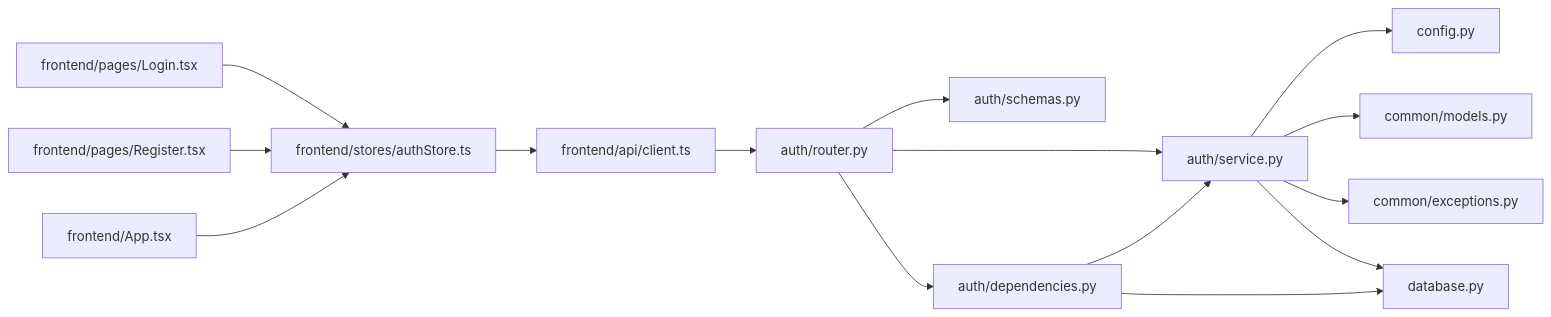
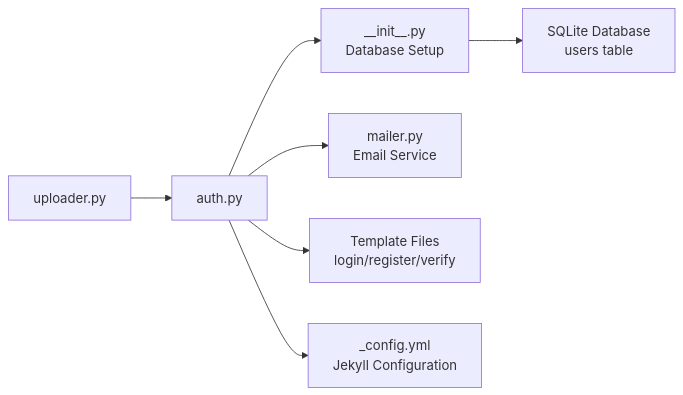
One commit to PolarisW007/PolaZhenJing changed the third of 3 diagrams in .qoder/repowiki/en/content/Backend Application/Authentication System.md. Above: the diagram before and after it, drawn with Mermaid. The commit also changed other lines of this file and 153 other files, not shown here.

````diff
--- a/.qoder/repowiki/en/content/Backend Application/Authentication System.md
+++ b/.qoder/repowiki/en/content/Backend Application/Authentication System.md
@@ -326,17 +260,10 @@
 ```mermaid
 graph LR
-ROUTER["auth/router.py"] --> SERVICE["auth/service.py"]
-ROUTER --> SCHEMAS["auth/schemas.py"]
-ROUTER --> DEPS["auth/dependencies.py"]
-SERVICE --> CONFIG["config.py"]
-SERVICE --> MODELS["common/models.py"]
-SERVICE --> EXC["common/exceptions.py"]
-SERVICE --> DB["database.py"]
-DEPS --> SERVICE
-DEPS --> DB
-AXIOS["frontend/api/client.ts"] --> ROUTER
-STORE["frontend/stores/authStore.ts"] --> AXIOS
-LOGIN["frontend/pages/Login.tsx"] --> STORE
-REGISTER["frontend/pages/Register.tsx"] --> STORE
-APP["frontend/App.tsx"] --> STORE
+AUTH["auth.py"] --> INIT["__init__.py<br/>Database Setup"]
+AUTH --> MAILER["mailer.py<br/>Email Service"]
+AUTH --> TEMPLATES["Template Files<br/>login/register/verify"]
+INIT --> SQLITE["SQLite Database<br/>users table"]
+UPLOADER["uploader.py"] --> AUTH
+CONFIG["_config.yml<br/>Jekyll Configuration"]
+AUTH --> CONFIG
 ```
````
